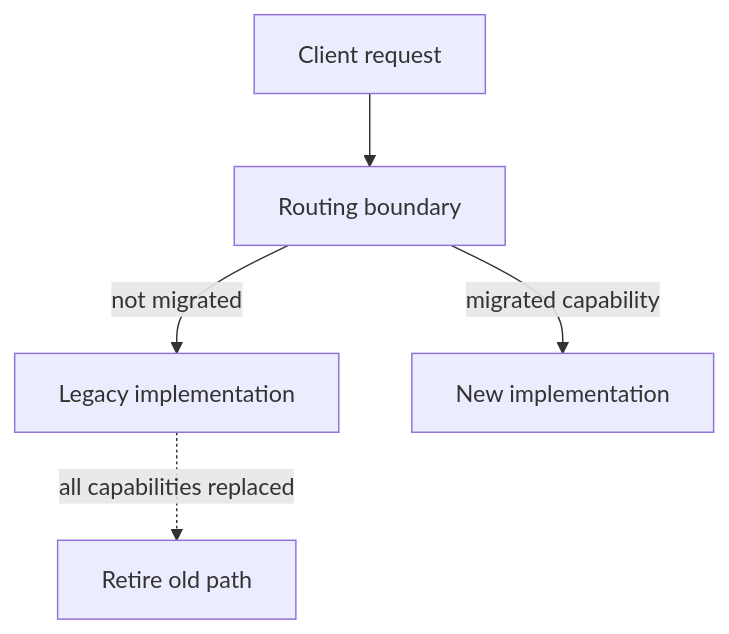
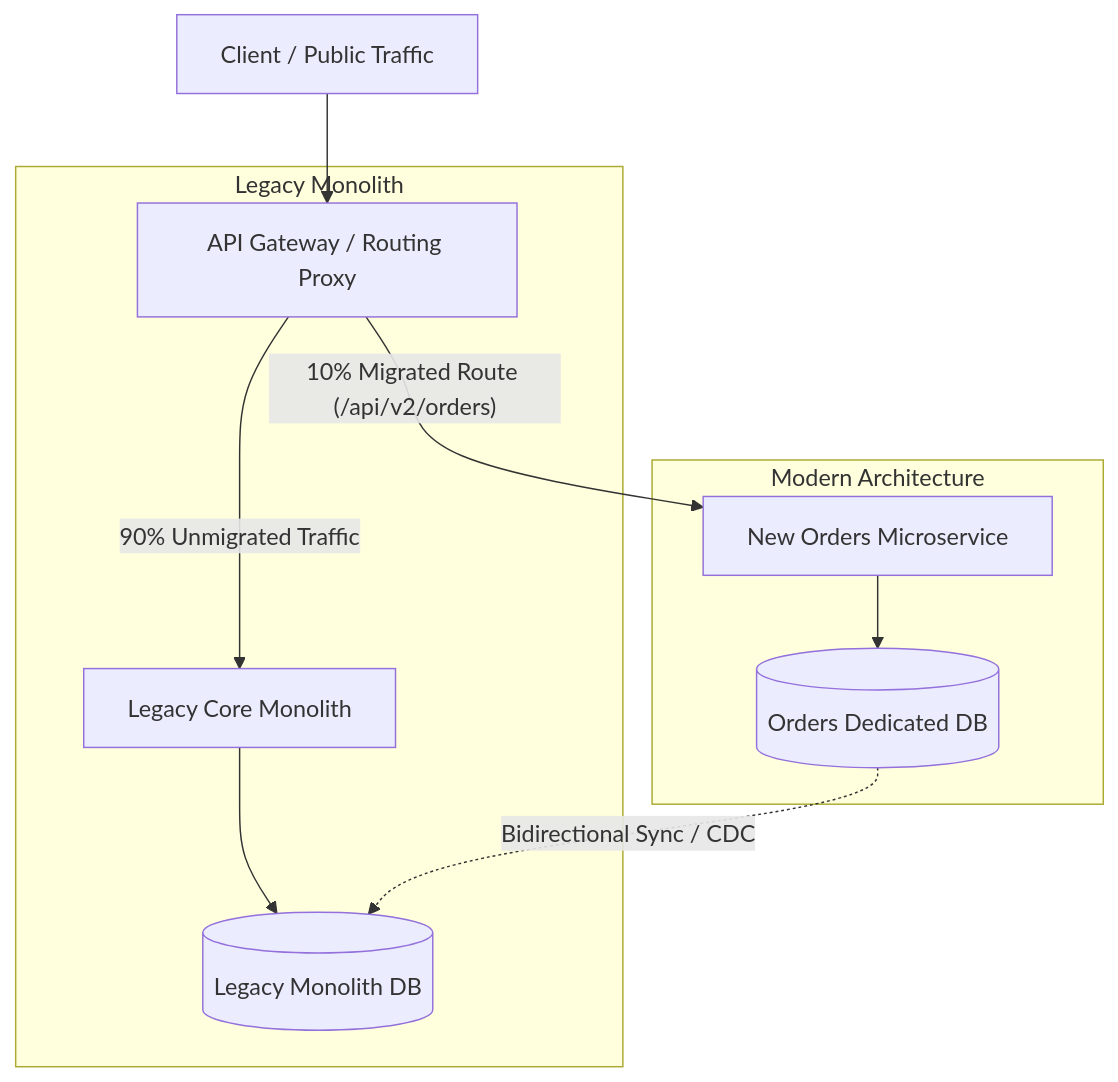
Before and after one commit to ravishankar2463/java_hub: the sixth of 6 diagrams in content/roadmap/level-6/architectural-patterns.md, drawn with Mermaid. The commit also changed other lines of this file, not shown here.

Commit message:
docs(level-6): overhaul architectural patterns with human voice, hexagonal ports, CQRS, and Strangler Fig

````diff
--- a/content/roadmap/level-6/architectural-patterns.md
+++ b/content/roadmap/level-6/architectural-patterns.md
@@ -177,7 +340,16 @@
 ```mermaid
 flowchart TD
-    Client["Client request"] --> Router["Routing boundary"]
-    Router -->|"not migrated"| Legacy["Legacy implementation"]
-    Router -->|"migrated capability"| NewSystem["New implementation"]
-    Legacy -.->|"all capabilities replaced"| Retire["Retire old path"]
+    Client["Client / Public Traffic"] --> Proxy["API Gateway / Routing Proxy"]
+    
+    subgraph "Legacy Monolith"
+        Proxy -->|"90% Unmigrated Traffic"| Mono["Legacy Core Monolith"]
+        Mono --> MonoDB[("Legacy Monolith DB")]
+    end
+
+    subgraph "Modern Architecture"
+        Proxy -->|"10% Migrated Route (/api/v2/orders)"| Micro["New Orders Microservice"]
+        Micro --> MicroDB[("Orders Dedicated DB")]
+    end
+    
+    MicroDB -.->|Bidirectional Sync / CDC| MonoDB
 ```
````
